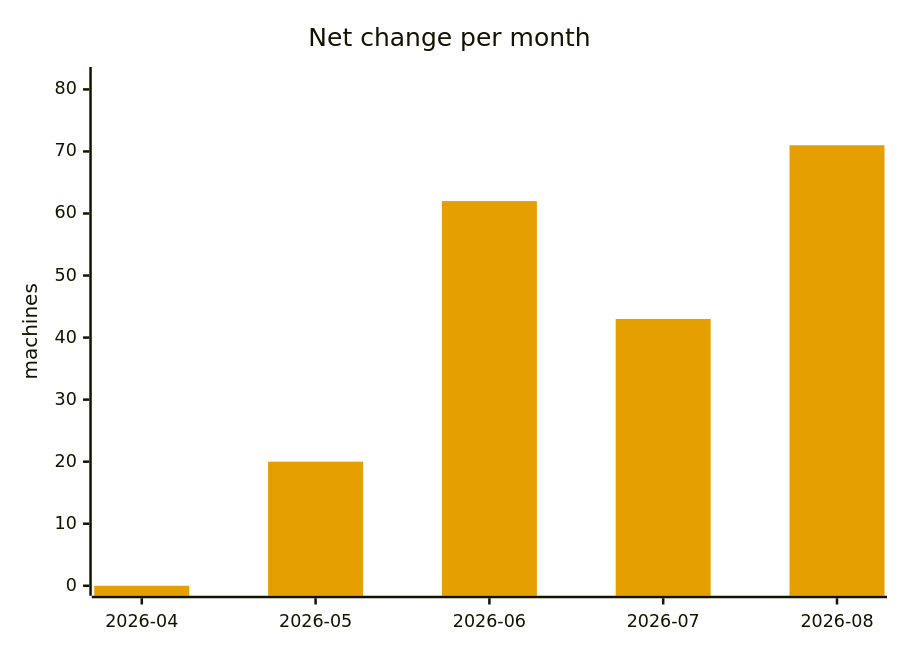
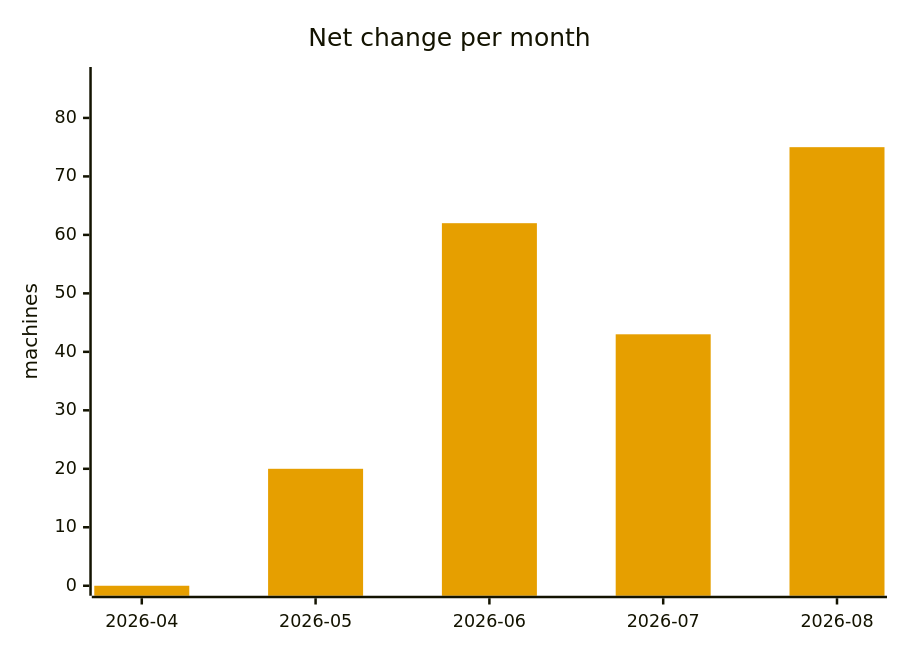
Before and after one commit to cheeaun/returnright-data: the seventh of 7 diagrams in ANALYSIS.md, drawn with Mermaid. The commit also changed other lines of this file and 3 other files, not shown here.

````diff
--- a/ANALYSIS.md
+++ b/ANALYSIS.md
@@ -304,13 +304,13 @@
 ```mermaid
 ---
 config:
   themeVariables:
     xyChart:
       plotColorPalette: "#E69F00"
 ---
 xychart-beta
     title "Net change per month"
     x-axis ["2026-04", "2026-05", "2026-06", "2026-07", "2026-08"]
-    y-axis "machines" 0 --> 82
-    bar [0, 20, 62, 43, 71]
+    y-axis "machines" 0 --> 87
+    bar [0, 20, 62, 43, 75]
 ```
````
